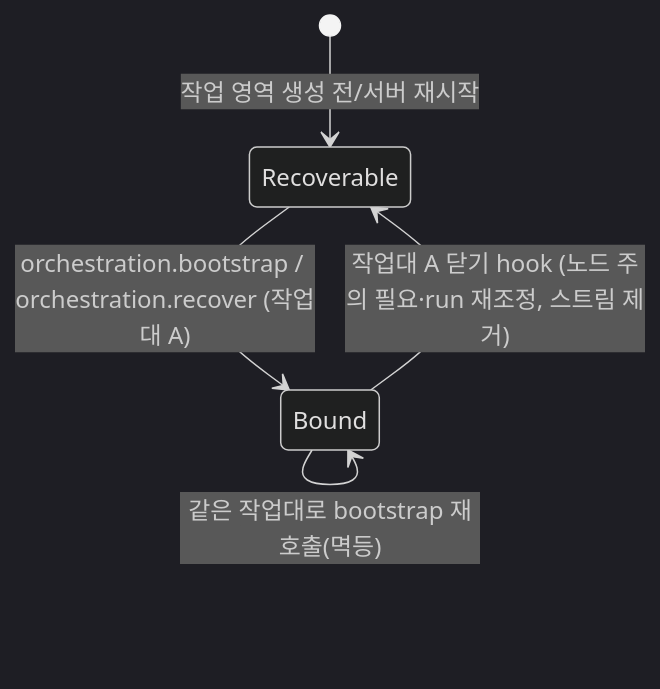
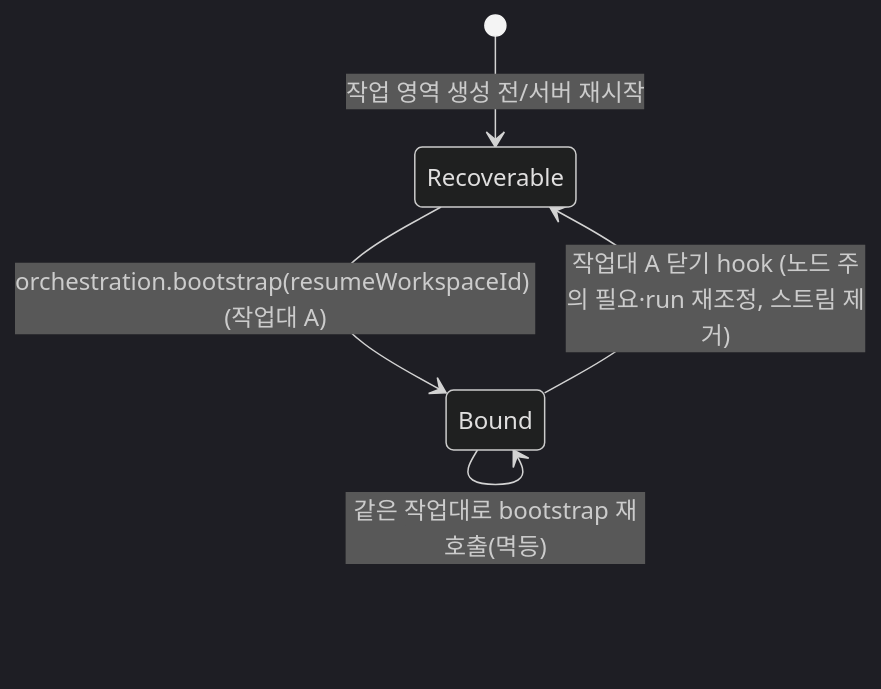
One commit to yoophi/agentic-workspace changed the diagram in specs/041-workbench-orchestration/data-model.md. Above: the diagram before and after it, drawn with Mermaid (dark theme). The commit also changed 3 other files, not shown here.

Commit message:
test(workbench-core): orchestration bench-binding flow tests; correct recover/bootstrap contract (041 US1)

````diff
--- a/specs/041-workbench-orchestration/data-model.md
+++ b/specs/041-workbench-orchestration/data-model.md
@@ -34,7 +34,7 @@
 ```mermaid
 stateDiagram-v2
     [*] --> Recoverable: 작업 영역 생성 전/서버 재시작
-    Recoverable --> Bound: orchestration.bootstrap / orchestration.recover (작업대 A)
+    Recoverable --> Bound: orchestration.bootstrap(resumeWorkspaceId) (작업대 A)
     Bound --> Recoverable: 작업대 A 닫기 hook (노드 주의 필요·run 재조정, 스트림 제거)
     Bound --> Bound: 같은 작업대로 bootstrap 재호출(멱등)
 ```
````
